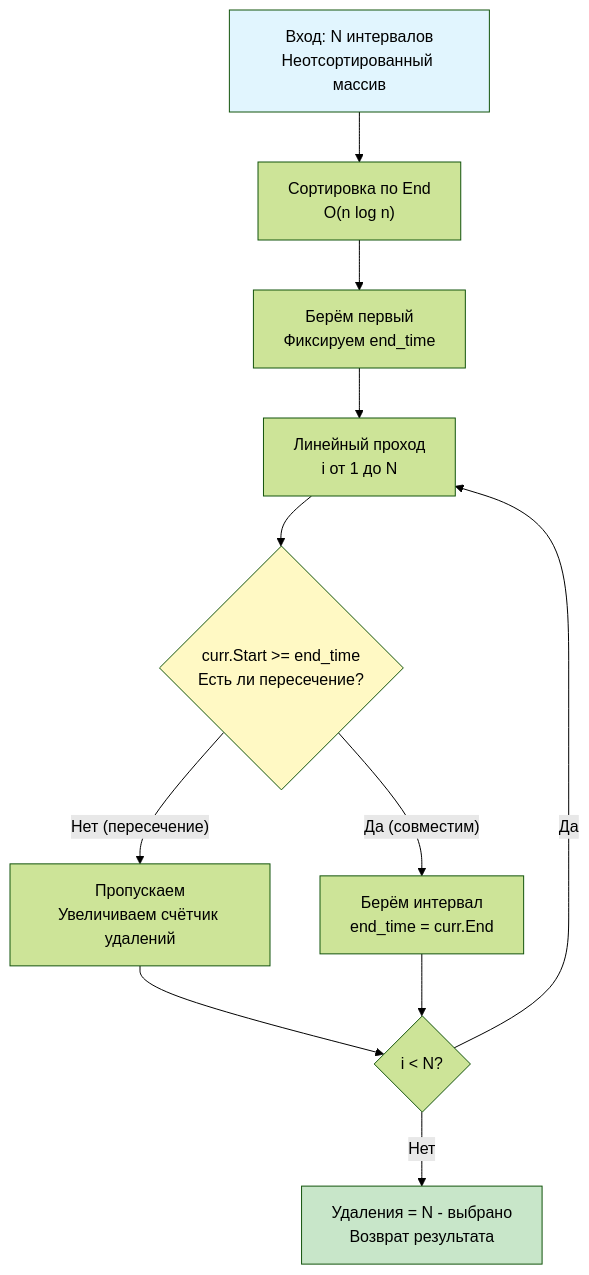
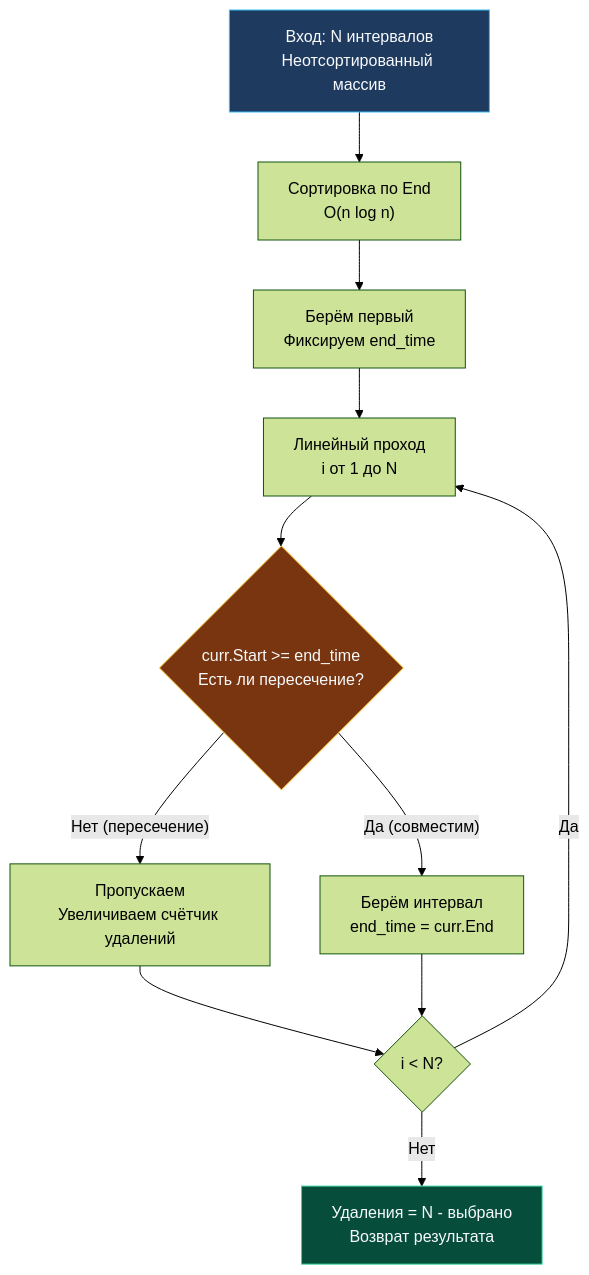
One commit to UnrealTemplier/go-textbook changed the diagram in sources/21. Задачи с LeetCode и собеседований на Go/02. Задачи/23. Интервалы/5. Non-overlapping Intervals.md. Above: the diagram before and after it, drawn with Mermaid (forest theme). The commit also changed 310 other files, not shown here.

First line of the commit message:
fix(mermaid): replace light fill colors with dark palette for readability on dark theme

````diff
--- a/sources/21. Задачи с LeetCode и собеседований на Go/02. Задачи/23. Интервалы/5. Non-overlapping Intervals.md
+++ b/sources/21. Задачи с LeetCode и собеседований на Go/02. Задачи/23. Интервалы/5. Non-overlapping Intervals.md
@@ -16,17 +16,17 @@
 ```mermaid
 flowchart TD
     Start["Вход: N интервалов<br>Неотсортированный массив"] --> Sort["Сортировка по End<br>O(n log n)"]
     Sort --> Init["Берём первый<br>Фиксируем end_time"]
     Init --> Loop["Линейный проход<br>i от 1 до N"]
     Loop --> Check{"curr.Start >= end_time<br>Есть ли пересечение?"}
     Check -- "Нет (пересечение)" --> Skip["Пропускаем<br>Увеличиваем счётчик удалений"]
     Check -- "Да (совместим)" --> Pick["Берём интервал<br>end_time = curr.End"]
     Skip --> Next{"i < N?"}
     Pick --> Next
     Next -- "Да" --> Loop
     Next -- "Нет" --> Calc["Удаления = N - выбрано<br>Возврат результата"]
     
-    style Start fill:#e1f5fe
-    style Calc fill:#c8e6c9
-    style Check fill:#fff9c4
+    style Start fill:#1e3a5f,stroke:#38bdf8,color:#f8fafc
+    style Calc fill:#064e3b,stroke:#34d399,color:#f8fafc
+    style Check fill:#78350f,stroke:#fbbf24,color:#f8fafc
 ```
````
